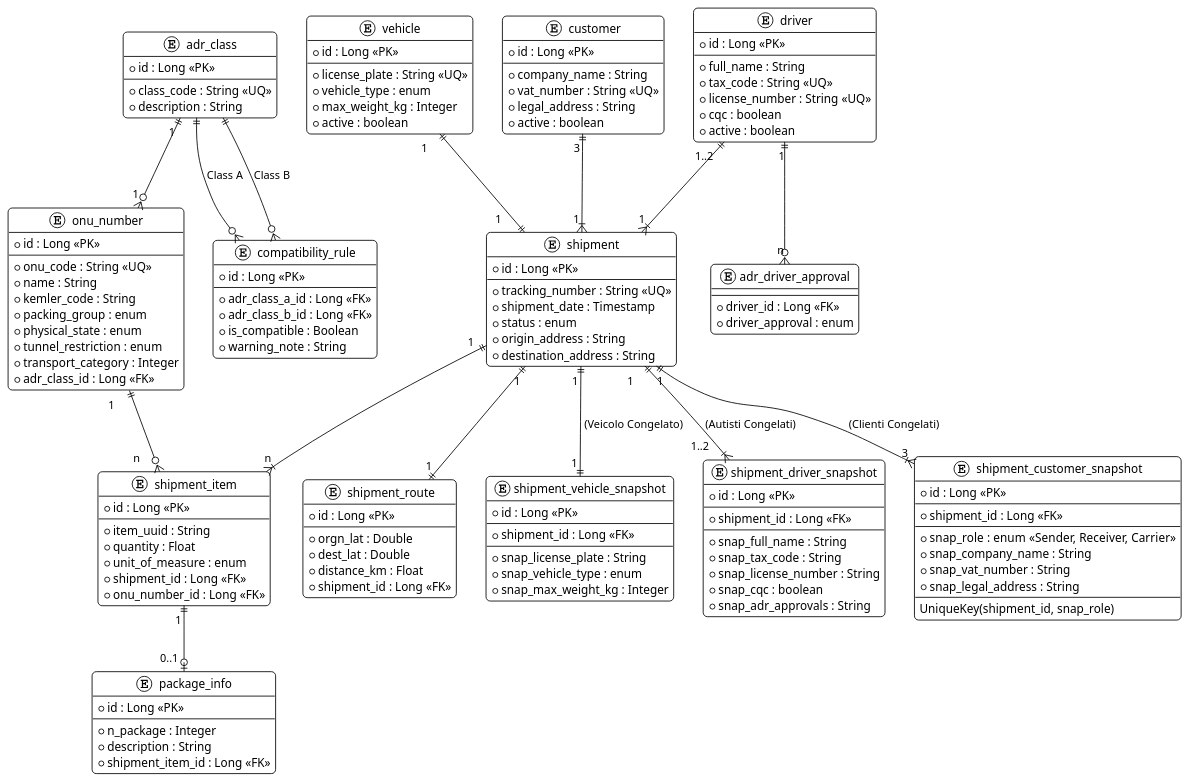
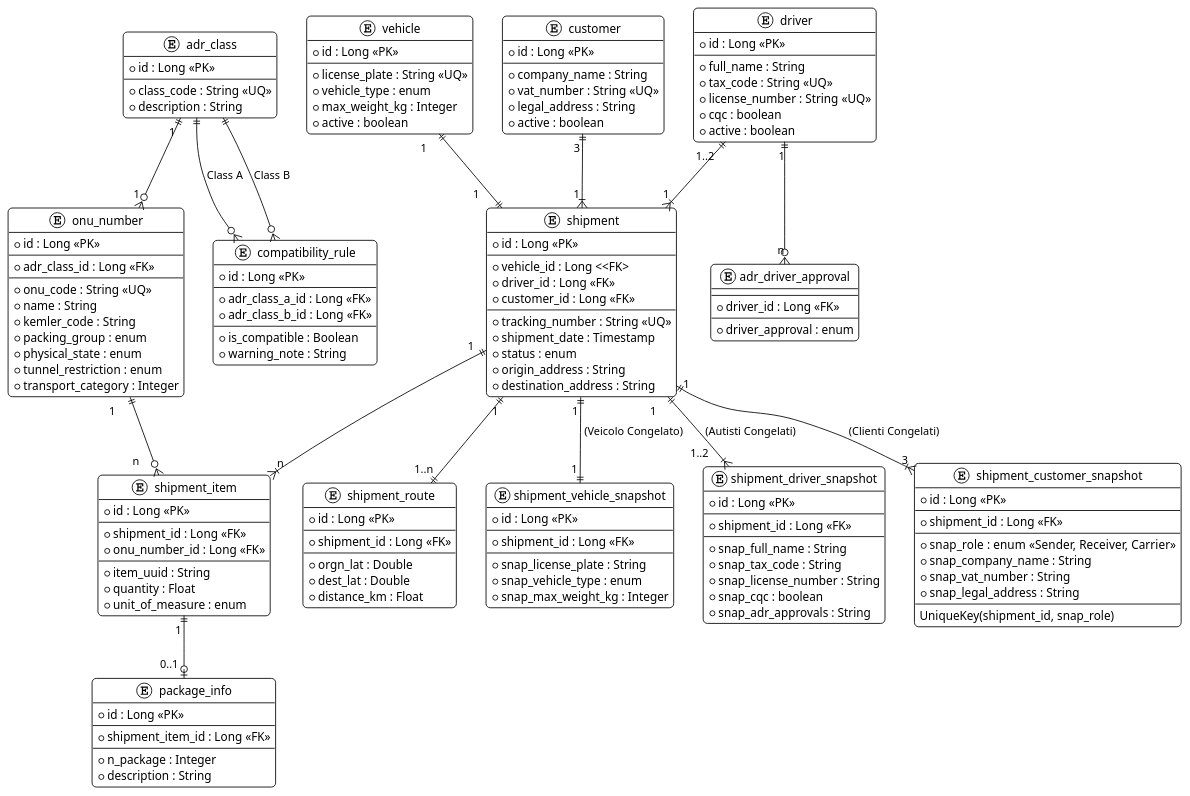
Before and after one commit to GiovanniVinciguerra/adrsentinel: the diagram in dev/er_schema.puml, drawn with PlantUML. The commit also changed 9 other files, not shown here.

```diff
--- a/dev/er_schema.puml
+++ b/dev/er_schema.puml
@@ -1,176 +1,186 @@
 @startuml
 
 !theme plain
 skinparam roundcorner 10
 skinparam class {
     BackgroundColor White
     ArrowColor Black
     BorderColor Black
 }
 
 ' DISCLAIMER: le tabelle ponte, per gestire la molteplicità, tra le entità Shipment, Customer e Driver sono state volutamente omesse per una migliore leggibilità
 
 ' DOMINIO NORMATIVO (ADR / UN)
 
 entity "adr_class" as Classes {
   * id : Long <<PK>>
   --
   * class_code : String <<UQ>>
   * description : String
 }
 
 entity "onu_number" as UN {
   * id : Long <<PK>>
   --
+  * adr_class_id : Long <<FK>>
+  --
   * onu_code : String <<UQ>>
   * name : String
   * kemler_code : String
   * packing_group : enum
   * physical_state : enum
   * tunnel_restriction : enum
   * transport_category : Integer
-  * adr_class_id : Long <<FK>>
 }
 
 entity "compatibility_rule" as Rules {
   * id : Long <<PK>>
   --
   * adr_class_a_id : Long <<FK>>
   * adr_class_b_id : Long <<FK>>
+  --
   * is_compatible : Boolean
   * warning_note : String
 }
 
 ' DOMINIO ANAGRAFICHE (Master Data - No FK Spedizioni)
 
 entity "vehicle" as Vehicles {
   * id : Long <<PK>>
   --
   * license_plate : String <<UQ>>
   * vehicle_type : enum
   * max_weight_kg : Integer
   * active : boolean
 }
 
 entity "customer" as Customer {
 	* id : Long <<PK>>
 	--
 	* company_name : String
 	* vat_number : String <<UQ>>
 	* legal_address : String
     * active : boolean
 }
 
 entity "driver" as Driver {
 	* id : Long <<PK>>
 	--
 	* full_name : String
 	* tax_code : String <<UQ>>
 	* license_number : String <<UQ>>
 	* cqc : boolean
 	* active : boolean
 }
 
 entity "adr_driver_approval" as DriverApproval {
 	--
 	* driver_id : Long <<FK>>
+	--
 	* driver_approval : enum
 }
 
 ' DOMINIO TRANSAZIONALE (La Spedizione)
 
 entity "shipment" as Shipments {
   * id : Long <<PK>>
+  --
+  * vehicle_id : Long <<FK>
+  * driver_id : Long <<FK>>
+  * customer_id : Long <<FK>>
   --
   * tracking_number : String <<UQ>>
   * shipment_date : Timestamp
   * status : enum
   * origin_address : String
   * destination_address : String
 }
 
 entity "shipment_item" as Items {
   * id : Long <<PK>>
   --
+  * shipment_id : Long <<FK>>
+  * onu_number_id : Long <<FK>>
+  --
   * item_uuid : String
   * quantity : Float
   * unit_of_measure : enum
-  * shipment_id : Long <<FK>>
-  * onu_number_id : Long <<FK>>
 }
 
 entity "package_info" as PackageInfo {
 	* id : Long <<PK>>
 	--
+	* shipment_item_id : Long <<FK>>
+	--
 	* n_package : Integer
 	* description : String
-	* shipment_item_id : Long <<FK>>
 }
 
 entity "shipment_route" as ShipmentRoute {
 	* id : Long <<PK>>
 	--
+	* shipment_id : Long <<FK>>
+	--
 	* orgn_lat : Double
 	* dest_lat : Double
 	* distance_km : Float
-	* shipment_id : Long <<FK>>
 }
 
 ' DOMINIO SNAPSHOT LEGALI (Shadow Tables / Join Tables)
 
 entity "shipment_vehicle_snapshot" as VehicleSnapshot {
     * id : Long <<PK>>
 	--
 	* shipment_id : Long <<FK>>
     --
 	* snap_license_plate : String
 	* snap_vehicle_type : enum
 	* snap_max_weight_kg : Integer
 }
 
 entity "shipment_driver_snapshot" as DriverSnapshot {
     * id : Long <<PK>>
 	--
 	* shipment_id : Long <<FK>>
     --
 	* snap_full_name : String
 	* snap_tax_code : String 
 	* snap_license_number : String
 	* snap_cqc : boolean
     * snap_adr_approvals : String
 }
 
 entity "shipment_customer_snapshot" as CustomerSnapshot {
 	* id : Long <<PK>>
 	--
 	* shipment_id : Long <<FK>>
 	--
     * snap_role : enum <<Sender, Receiver, Carrier>>
 	* snap_company_name : String
 	* snap_vat_number : String
 	* snap_legal_address : String
 	--
     UniqueKey(shipment_id, snap_role)
 }
 
 ' RELAZIONI
 
 Classes "1 " ||--o{ "1 " UN
 Classes ||--o{ Rules : "Class A"
 Classes ||--o{ Rules : "Class B"
 
 Vehicles "1\t" ||--|| "1\t" Shipments
 Driver "1..2\t" ||--|{ "1 " Shipments
 Customer "3 " ||--|{ "1 " Shipments
 Shipments "1  " ||--|{ "n " Items
 UN "1\t" ||--o{ "n\t" Items
-Shipments "1" ||--|| "1 " ShipmentRoute
+Shipments "1" ||--|| "1..n " ShipmentRoute
 Items "1 " ||--o| "0..1\t" PackageInfo
 Driver "1" ||--o{ "n" DriverApproval
 
 ' Relazioni Spedizione -> Snapshot (Il "Congelamento")
 Shipments "1 " ||--|| "1 " VehicleSnapshot : " (Veicolo Congelato)"
 Shipments "1\t" ||--|{ "1..2     " DriverSnapshot : " (Autisti Congelati)"
 Shipments "1" ||--|{ "3" CustomerSnapshot : " (Clienti Congelati)"
 
 @enduml
```
